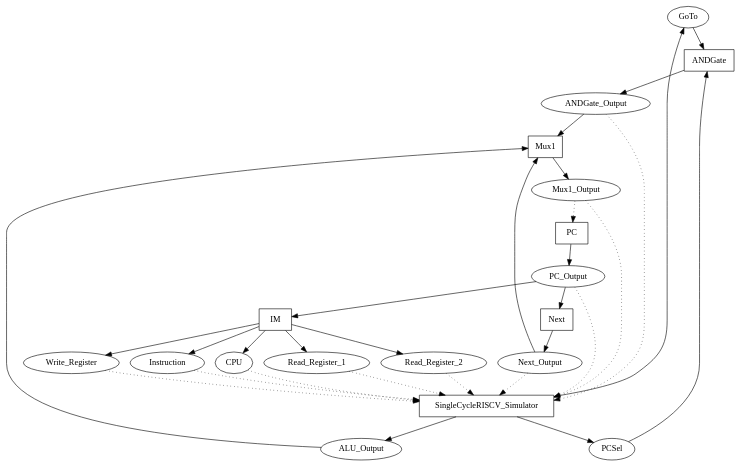
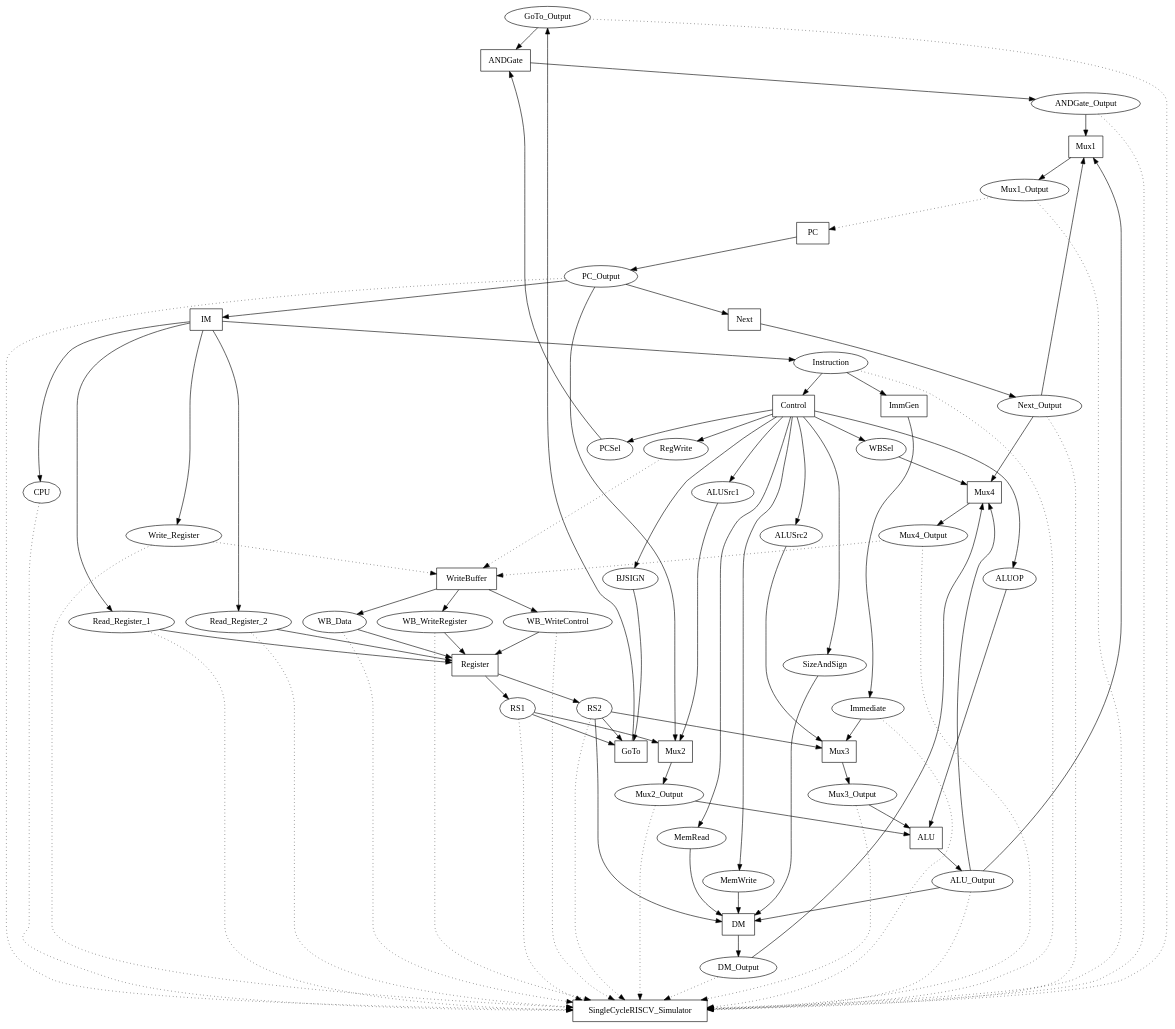
The diagram in SME_Implementations/SingleCycleRISCV2/output/network.dot (DanielRamyar/Master_Thesis), drawn with Graphviz before and after one commit. The commit also changed 23 other files, not shown here.

```diff
--- a/SME_Implementations/SingleCycleRISCV2/output/network.dot
+++ b/SME_Implementations/SingleCycleRISCV2/output/network.dot
@@ -1,49 +1,140 @@
 digraph SingleCycleRISCV {
-"GoTo" [shape=oval];
+"GoTo_Output" [shape=oval];
 "PCSel" [shape=oval];
 "Next_Output" [shape=oval];
 "ALU_Output" [shape=oval];
 "ANDGate_Output" [shape=oval];
 "PC_Output" [shape=oval];
-"Mux1_Output" [shape=oval];
 "Read_Register_1" [shape=oval];
 "Read_Register_2" [shape=oval];
+"WB_Data" [shape=oval];
+"WB_WriteRegister" [shape=oval];
+"WB_WriteControl" [shape=oval];
+"Instruction" [shape=oval];
+"RS1" [shape=oval];
+"ALUSrc1" [shape=oval];
+"RS2" [shape=oval];
+"Immediate" [shape=oval];
+"ALUSrc2" [shape=oval];
+"ALUOP" [shape=oval];
+"Mux2_Output" [shape=oval];
+"Mux3_Output" [shape=oval];
+"BJSIGN" [shape=oval];
+"MemRead" [shape=oval];
+"MemWrite" [shape=oval];
+"SizeAndSign" [shape=oval];
+"DM_Output" [shape=oval];
+"WBSel" [shape=oval];
+"Mux1_Output" [shape=oval];
 "Write_Register" [shape=oval];
-"Instruction" [shape=oval];
 "CPU" [shape=oval];
+"RegWrite" [shape=oval];
+"Mux4_Output" [shape=oval];
 "ANDGate" [shape=box];
 "Mux1" [shape=box];
+"Mux4" [shape=box];
+"DM" [shape=box];
 "Next" [shape=box];
 "IM" [shape=box];
+"Mux2" [shape=box];
+"Register" [shape=box];
+"ImmGen" [shape=box];
+"Control" [shape=box];
+"GoTo" [shape=box];
+"Mux3" [shape=box];
+"ALU" [shape=box];
+"PC" [shape=box];
+"WriteBuffer" [shape=box];
 "SingleCycleRISCV_Simulator" [shape=box];
-"PC" [shape=box];
-"GoTo" -> "ANDGate";
+"GoTo_Output" -> "ANDGate";
 "PCSel" -> "ANDGate";
 "Next_Output" -> "Mux1";
+"Next_Output" -> "Mux4";
 "ALU_Output" -> "Mux1";
+"ALU_Output" -> "DM";
+"ALU_Output" -> "Mux4";
 "ANDGate_Output" -> "Mux1";
 "PC_Output" -> "Next";
 "PC_Output" -> "IM";
-"SingleCycleRISCV_Simulator" -> "PCSel";
-"SingleCycleRISCV_Simulator" -> "GoTo";
-"SingleCycleRISCV_Simulator" -> "ALU_Output";
+"PC_Output" -> "Mux2";
+"Read_Register_1" -> "Register";
+"Read_Register_2" -> "Register";
+"WB_Data" -> "Register";
+"WB_WriteRegister" -> "Register";
+"WB_WriteControl" -> "Register";
+"Instruction" -> "ImmGen";
+"Instruction" -> "Control";
+"RS1" -> "Mux2";
+"RS1" -> "GoTo";
+"ALUSrc1" -> "Mux2";
+"RS2" -> "Mux3";
+"RS2" -> "GoTo";
+"RS2" -> "DM";
+"Immediate" -> "Mux3";
+"ALUSrc2" -> "Mux3";
+"ALUOP" -> "ALU";
+"Mux2_Output" -> "ALU";
+"Mux3_Output" -> "ALU";
+"BJSIGN" -> "GoTo";
+"MemRead" -> "DM";
+"MemWrite" -> "DM";
+"SizeAndSign" -> "DM";
+"DM_Output" -> "Mux4";
+"WBSel" -> "Mux4";
 "ANDGate" -> "ANDGate_Output";
 "Mux1" -> "Mux1_Output";
 "PC" -> "PC_Output";
 "Next" -> "Next_Output";
 "IM" -> "Read_Register_1";
 "IM" -> "Read_Register_2";
 "IM" -> "Write_Register";
 "IM" -> "Instruction";
 "IM" -> "CPU";
+"Register" -> "RS1";
+"Register" -> "RS2";
+"ImmGen" -> "Immediate";
+"Control" -> "PCSel";
+"Control" -> "RegWrite";
+"Control" -> "ALUSrc1";
+"Control" -> "ALUSrc2";
+"Control" -> "ALUOP";
+"Control" -> "BJSIGN";
+"Control" -> "MemRead";
+"Control" -> "MemWrite";
+"Control" -> "WBSel";
+"Control" -> "SizeAndSign";
+"WriteBuffer" -> "WB_Data";
+"WriteBuffer" -> "WB_WriteRegister";
+"WriteBuffer" -> "WB_WriteControl";
+"Mux2" -> "Mux2_Output";
+"Mux3" -> "Mux3_Output";
+"ALU" -> "ALU_Output";
+"GoTo" -> "GoTo_Output";
+"DM" -> "DM_Output";
+"Mux4" -> "Mux4_Output";
 "ANDGate_Output" -> "SingleCycleRISCV_Simulator" [style=dotted];
 "Mux1_Output" -> "SingleCycleRISCV_Simulator" [style=dotted];
 "Mux1_Output" -> "PC" [style=dotted];
 "PC_Output" -> "SingleCycleRISCV_Simulator" [style=dotted];
 "Next_Output" -> "SingleCycleRISCV_Simulator" [style=dotted];
 "Instruction" -> "SingleCycleRISCV_Simulator" [style=dotted];
 "Read_Register_1" -> "SingleCycleRISCV_Simulator" [style=dotted];
 "Read_Register_2" -> "SingleCycleRISCV_Simulator" [style=dotted];
 "Write_Register" -> "SingleCycleRISCV_Simulator" [style=dotted];
+"Write_Register" -> "WriteBuffer" [style=dotted];
+"RS1" -> "SingleCycleRISCV_Simulator" [style=dotted];
+"RS2" -> "SingleCycleRISCV_Simulator" [style=dotted];
+"Immediate" -> "SingleCycleRISCV_Simulator" [style=dotted];
+"WB_WriteRegister" -> "SingleCycleRISCV_Simulator" [style=dotted];
+"WB_Data" -> "SingleCycleRISCV_Simulator" [style=dotted];
+"WB_WriteControl" -> "SingleCycleRISCV_Simulator" [style=dotted];
+"Mux2_Output" -> "SingleCycleRISCV_Simulator" [style=dotted];
+"Mux3_Output" -> "SingleCycleRISCV_Simulator" [style=dotted];
+"ALU_Output" -> "SingleCycleRISCV_Simulator" [style=dotted];
+"GoTo_Output" -> "SingleCycleRISCV_Simulator" [style=dotted];
+"DM_Output" -> "SingleCycleRISCV_Simulator" [style=dotted];
+"Mux4_Output" -> "SingleCycleRISCV_Simulator" [style=dotted];
+"Mux4_Output" -> "WriteBuffer" [style=dotted];
 "CPU" -> "SingleCycleRISCV_Simulator" [style=dotted];
+"RegWrite" -> "WriteBuffer" [style=dotted];
 }
```
